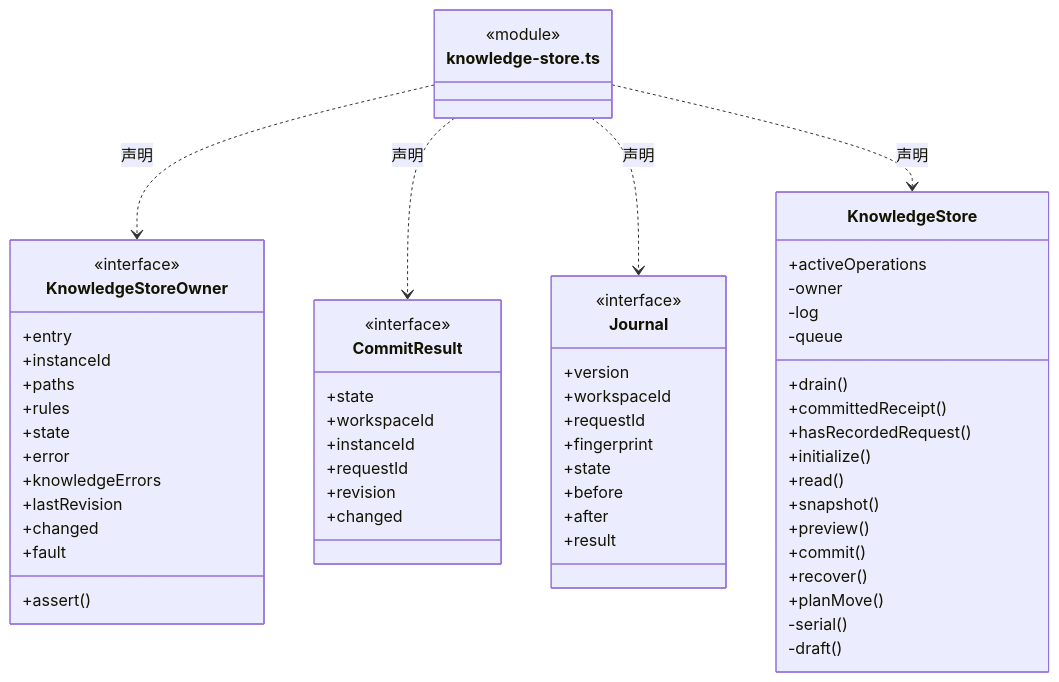
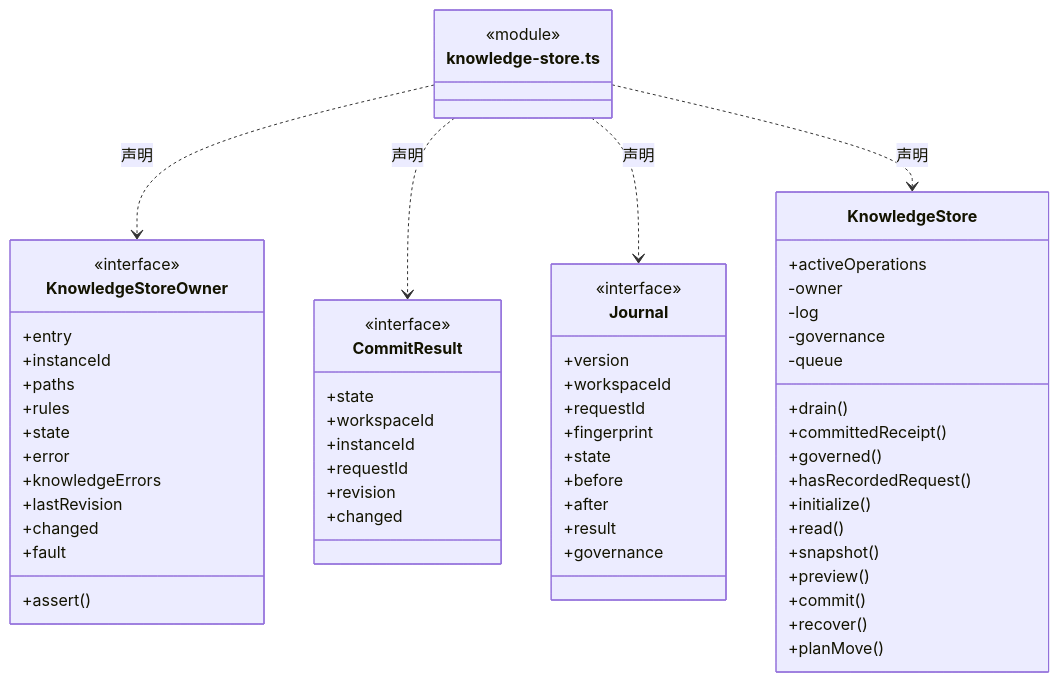
One commit to nan023062/cbim changed the third of 6 diagrams in src/backend/main/persistence/knowledge/ARCHITECTURE.md. Above: the diagram before and after it, drawn with Mermaid. The commit also changed other lines of this file and 50 other files, not shown here.

````diff
--- a/src/backend/main/persistence/knowledge/ARCHITECTURE.md
+++ b/src/backend/main/persistence/knowledge/ARCHITECTURE.md
@@ -35,62 +80,63 @@
 ```mermaid
 classDiagram
 class N_src_backend_main_persistence_knowledge_knowledge_store_ts["knowledge-store.ts"] {
   <<module>>
 }
 class N_src_backend_main_persistence_knowledge_knowledge_store_ts_KnowledgeStoreOwner["KnowledgeStoreOwner"] {
   <<interface>>
   +entry
   +instanceId
   +paths
   +rules
   +state
   +error
   +knowledgeErrors
   +lastRevision
   +changed
   +fault
   +assert()
 }
 N_src_backend_main_persistence_knowledge_knowledge_store_ts ..> N_src_backend_main_persistence_knowledge_knowledge_store_ts_KnowledgeStoreOwner : 声明
 class N_src_backend_main_persistence_knowledge_knowledge_store_ts_CommitResult["CommitResult"] {
   <<interface>>
   +state
   +workspaceId
   +instanceId
   +requestId
   +revision
   +changed
 }
 N_src_backend_main_persistence_knowledge_knowledge_store_ts ..> N_src_backend_main_persistence_knowledge_knowledge_store_ts_CommitResult : 声明
 class N_src_backend_main_persistence_knowledge_knowledge_store_ts_Journal["Journal"] {
   <<interface>>
   +version
   +workspaceId
   +requestId
   +fingerprint
   +state
   +before
   +after
   +result
+  +governance
 }
 N_src_backend_main_persistence_knowledge_knowledge_store_ts ..> N_src_backend_main_persistence_knowledge_knowledge_store_ts_Journal : 声明
 class N_src_backend_main_persistence_knowledge_knowledge_store_ts_KnowledgeStore["KnowledgeStore"] {
   +activeOperations
   +drain()
   +committedReceipt()
+  +governed()
   +hasRecordedRequest()
   +initialize()
   +read()
   +snapshot()
   +preview()
   +commit()
   +recover()
   +planMove()
   -owner
   -log
+  -governance
   -queue
-  -serial()
-  -draft()
 }
 N_src_backend_main_persistence_knowledge_knowledge_store_ts ..> N_src_backend_main_persistence_knowledge_knowledge_store_ts_KnowledgeStore : 声明
 ```
````
